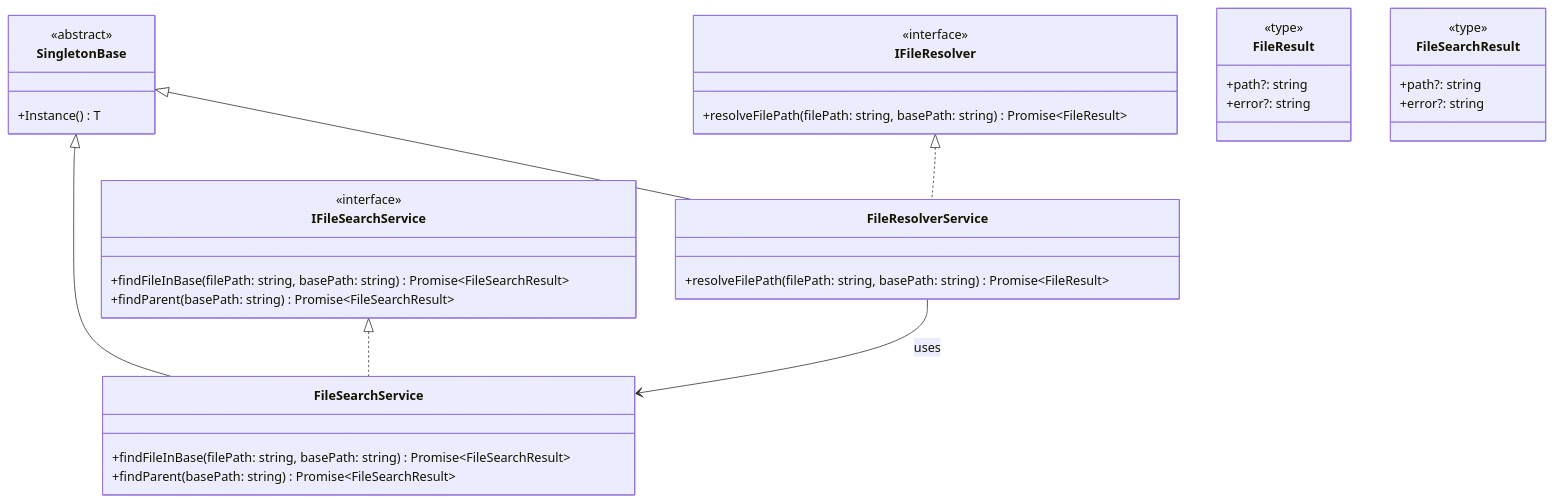
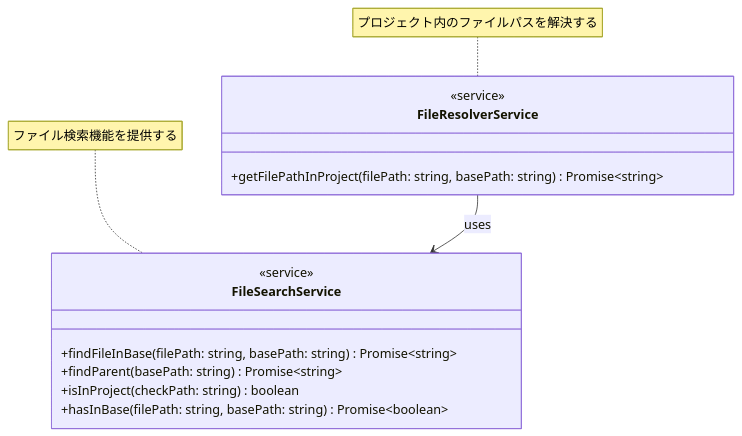
Before and after one commit to gongnyaa/inlined-copy: the first of 2 diagrams in src/services/FileResolverService.md, drawn with Mermaid. The commit also changed other lines of this file and 9 other files, not shown here.

````diff
--- a/src/services/FileResolverService.md
+++ b/src/services/FileResolverService.md
@@ -3,46 +9,21 @@
 ```mermaid
 %% FileResolverService クラス図
 classDiagram
-    class IFileResolver {
-        <<interface>>
-        +resolveFilePath(filePath: string, basePath: string) Promise~FileResult~
-    }
-    
     class FileResolverService {
-        +resolveFilePath(filePath: string, basePath: string) Promise~FileResult~
-    }
-    
-    class SingletonBase {
-        <<abstract>>
-        +Instance() T
-    }
-    
-    class FileResult {
-        <<type>>
-        +path?: string
-        +error?: string
-    }
-    
-    class IFileSearchService {
-        <<interface>>
-        +findFileInBase(filePath: string, basePath: string) Promise~FileSearchResult~
-        +findParent(basePath: string) Promise~FileSearchResult~
+        <<service>>
+        +getFilePathInProject(filePath: string, basePath: string) Promise~string~
     }
     
     class FileSearchService {
-        +findFileInBase(filePath: string, basePath: string) Promise~FileSearchResult~
-        +findParent(basePath: string) Promise~FileSearchResult~
+        <<service>>
+        +findFileInBase(filePath: string, basePath: string) Promise~string~
+        +findParent(basePath: string) Promise~string~
+        +isInProject(checkPath: string) boolean
+        +hasInBase(filePath: string, basePath: string) Promise~boolean~
     }
     
-    class FileSearchResult {
-        <<type>>
-        +path?: string
-        +error?: string
-    }
+    FileResolverService --> FileSearchService : uses
     
-    SingletonBase <|-- FileResolverService
-    IFileResolver <|.. FileResolverService
-    SingletonBase <|-- FileSearchService
-    IFileSearchService <|.. FileSearchService
-    FileResolverService --> FileSearchService : uses
+    note for FileResolverService "プロジェクト内のファイルパスを解決する"
+    note for FileSearchService "ファイル検索機能を提供する"
 ```
````
